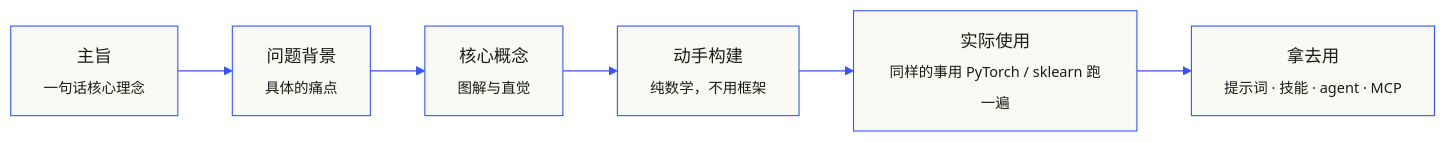
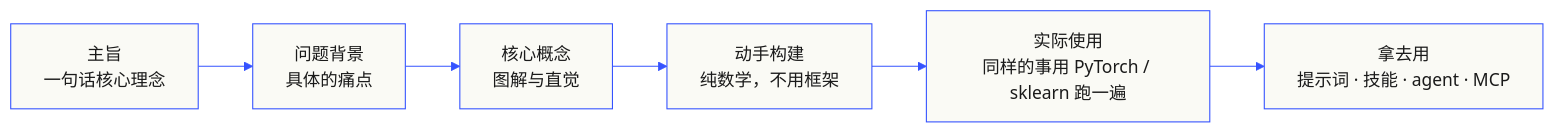
One commit to fancyboi999/ai-engineering-from-scratch-zh changed the second of 2 diagrams in README.md. Above: the diagram before and after it, drawn with Mermaid.

Commit message:
fix(readme): mermaid 图2 去掉 <sub> 标签，修中文副标题截断
接上一刀。去掉 JetBrains Mono 后主标题已正常、带空格的副标题也能撑开，
但纯中文的 <sub> 副标题仍被裁切——根因是 mermaid 对 <sub> 标签内文本
宽度算不准、不给节点撑宽，加上中文无空格不能自动断行，于是溢出。

把 <sub>...</sub> 降为普通的第二行文本（<br/> 保留换行，文字全保留，
仅不再小字号），mermaid 即可按副标题实际宽度撑宽节点。

````diff
--- a/README.md
+++ b/README.md
@@ -115,9 +115,9 @@
 ```mermaid
 %%{init: {'theme':'base','themeVariables':{'primaryColor':'#fafaf5','primaryTextColor':'#1a1a1a','primaryBorderColor':'#3553ff','lineColor':'#3553ff'}}}%%
 flowchart LR
-  M["主旨<br/><sub>一句话核心理念</sub>"] --> Pr["问题背景<br/><sub>具体的痛点</sub>"]
-  Pr --> C["核心概念<br/><sub>图解与直觉</sub>"]
-  C --> B["动手构建<br/><sub>纯数学，不用框架</sub>"]
-  B --> U["实际使用<br/><sub>同样的事用 PyTorch / sklearn 跑一遍</sub>"]
-  U --> S["拿去用<br/><sub>提示词 · 技能 · agent · MCP</sub>"]
+  M["主旨<br/>一句话核心理念"] --> Pr["问题背景<br/>具体的痛点"]
+  Pr --> C["核心概念<br/>图解与直觉"]
+  C --> B["动手构建<br/>纯数学，不用框架"]
+  B --> U["实际使用<br/>同样的事用 PyTorch / sklearn 跑一遍"]
+  U --> S["拿去用<br/>提示词 · 技能 · agent · MCP"]
 ```
````
